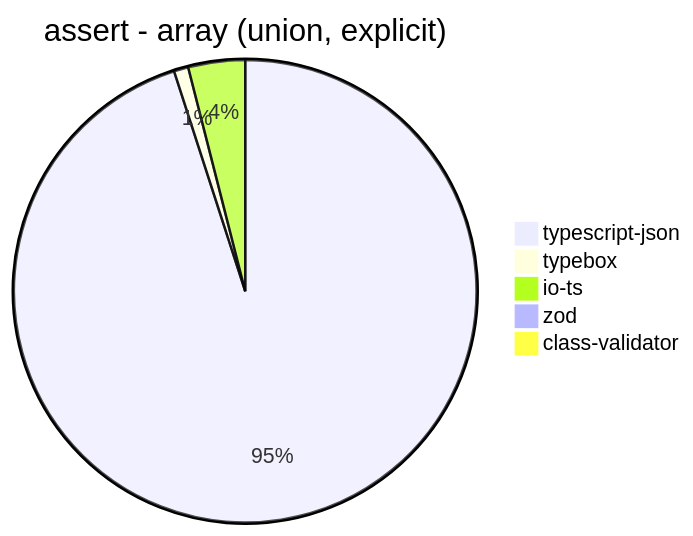
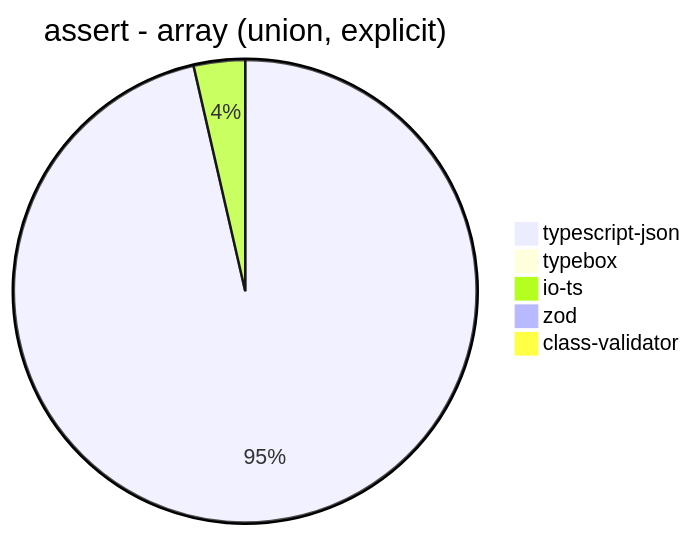
One commit to samchon/typia changed diagram 14 of 39 in benchmark/results/11th Gen Intel(R) Core(TM) i5-1135G7 @ 2.40GHz.md. Above: the diagram before and after it, drawn with Mermaid. The commit also changed other lines of this file and 7 other files, not shown here.

````diff
--- a/benchmark/results/11th Gen Intel(R) Core(TM) i5-1135G7 @ 2.40GHz.md
+++ b/benchmark/results/11th Gen Intel(R) Core(TM) i5-1135G7 @ 2.40GHz.md
@@ -176,8 +176,8 @@
 ```mermaid
 pie title assert - array (union, explicit)
-  "typescript-json": 1874.1958541815582
-  "typebox": 19.872515935508062
-  "io-ts": 78.3478421929987
-  "zod": 2.810567734682406
-  "class-validator": 7.113440658929241
+  "typescript-json": 1980.8078961798574
+  "typebox": 18.725904167431615
+  "io-ts": 73.72367011781506
+  "zod": 2.523431867339582
+  "class-validator": 7.601038190582128
 ```
````
